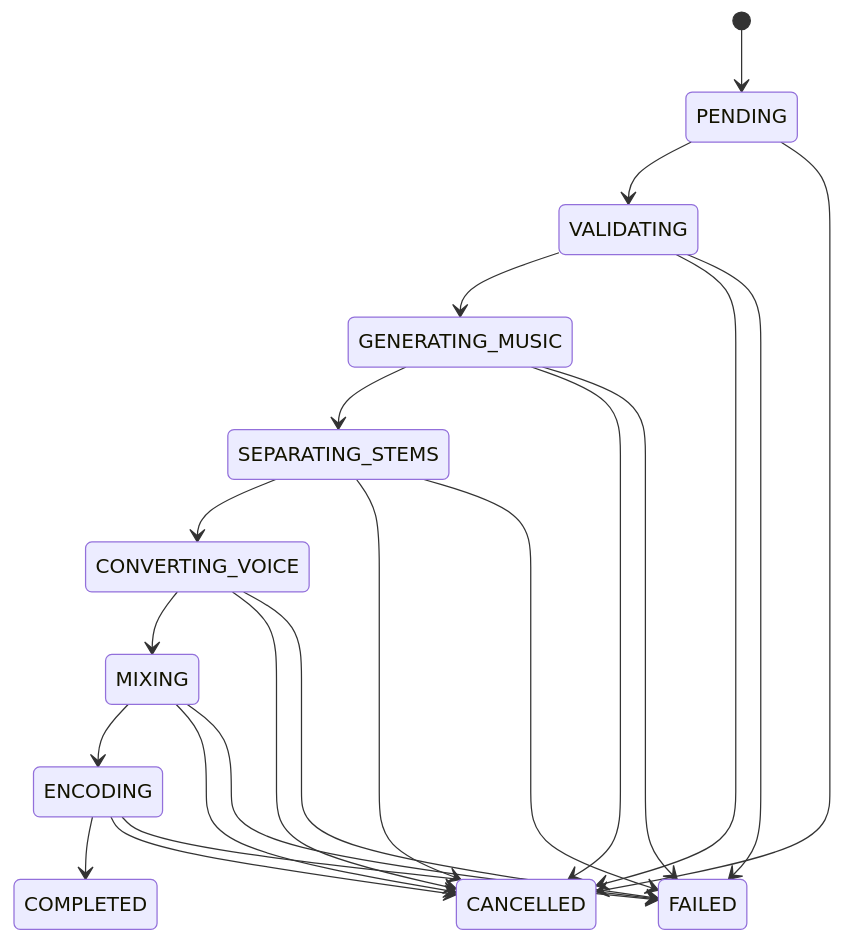
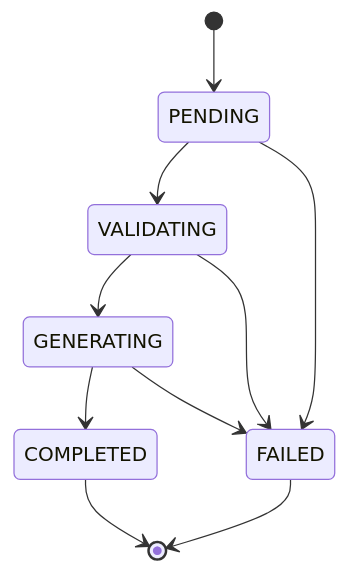
The diagram in docs/07-database/job-state-model.md (DohaStudio/DohaMusic), drawn with Mermaid before and after one commit. The commit also changed other lines of this file and 88 other files, not shown here.

````diff
--- a/docs/07-database/job-state-model.md
+++ b/docs/07-database/job-state-model.md
@@ -6,24 +6,12 @@
 ```mermaid
 stateDiagram-v2
   [*] --> PENDING
   PENDING --> VALIDATING
-  VALIDATING --> GENERATING_MUSIC
-  GENERATING_MUSIC --> SEPARATING_STEMS
-  SEPARATING_STEMS --> CONVERTING_VOICE
-  CONVERTING_VOICE --> MIXING
-  MIXING --> ENCODING
-  ENCODING --> COMPLETED
-  PENDING --> CANCELLED
-  VALIDATING --> CANCELLED
-  GENERATING_MUSIC --> CANCELLED
-  SEPARATING_STEMS --> CANCELLED
-  CONVERTING_VOICE --> CANCELLED
-  MIXING --> CANCELLED
-  ENCODING --> CANCELLED
+  PENDING --> FAILED
+  VALIDATING --> GENERATING
   VALIDATING --> FAILED
-  GENERATING_MUSIC --> FAILED
-  SEPARATING_STEMS --> FAILED
-  CONVERTING_VOICE --> FAILED
-  MIXING --> FAILED
-  ENCODING --> FAILED
+  GENERATING --> COMPLETED
+  GENERATING --> FAILED
+  COMPLETED --> [*]
+  FAILED --> [*]
 ```
````
